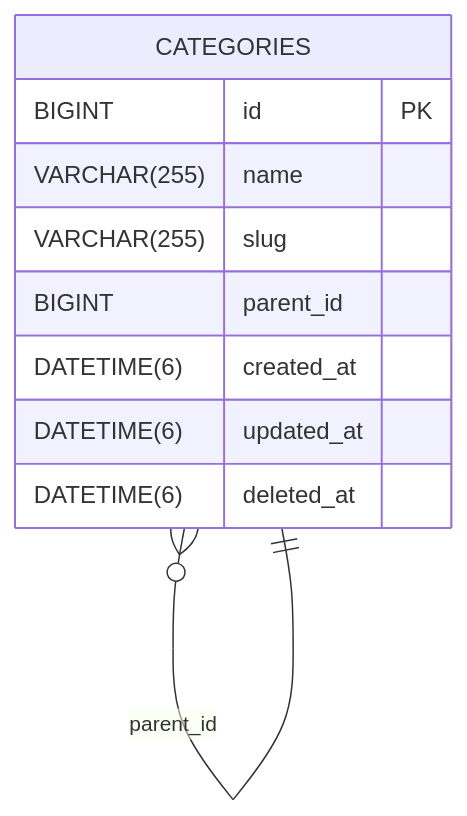
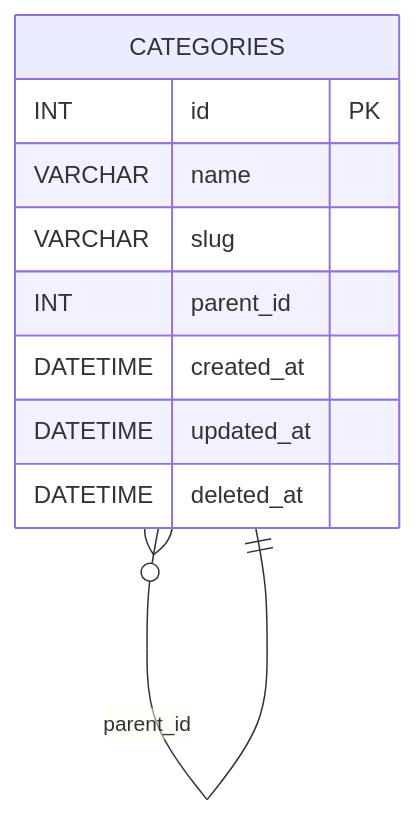
Before and after one commit to blackcatdatabase/table-categories: the diagram in README.md, drawn with Mermaid. The commit also changed other lines of this file, not shown here.

Commit message:
chore(schema): add/update generated schema + README (umbrella sync)

````diff
--- a/README.md
+++ b/README.md
@@ -51,13 +51,13 @@
 ```mermaid
 erDiagram
   CATEGORIES {
-    BIGINT id PK
-    VARCHAR(255) name
-    VARCHAR(255) slug
-    BIGINT parent_id
-    DATETIME(6) created_at
-    DATETIME(6) updated_at
-    DATETIME(6) deleted_at
+    INT id PK
+    VARCHAR name
+    VARCHAR slug
+    INT parent_id
+    DATETIME created_at
+    DATETIME updated_at
+    DATETIME deleted_at
   }
   CATEGORIES }o--|| CATEGORIES : "parent_id"
 ```
````
